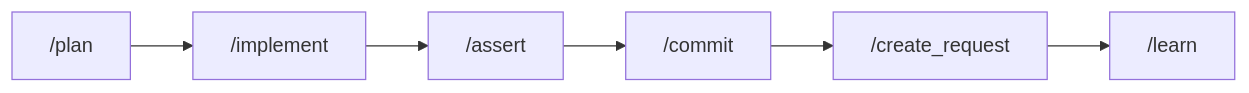
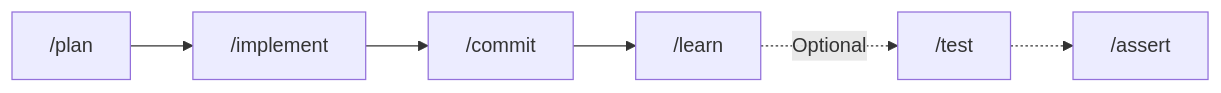
Before and after one commit to igounton/framework: the fourth of 8 diagrams in aidd_docs/README.md, drawn with Mermaid. The commit also changed other lines of this file and 7 other files, not shown here.

Commit message:
feat: enhance documentation for challenge skill and add mermaid generation rules

````diff
--- a/aidd_docs/README.md
+++ b/aidd_docs/README.md
@@ -129,4 +201,8 @@
 ```mermaid
 graph LR
-    P["/plan"] --> I["/implement"] --> A["/assert"] --> C["/commit"] --> CR["/create_request"] --> L["/learn"]
+    P["/plan"] --> I["/implement"]
+    I --> C["/commit"]
+    C --> L["/learn"]
+    L -.->|"Optional"| T["/test"]
+    T -.-> A["/assert"]
 ```
````
